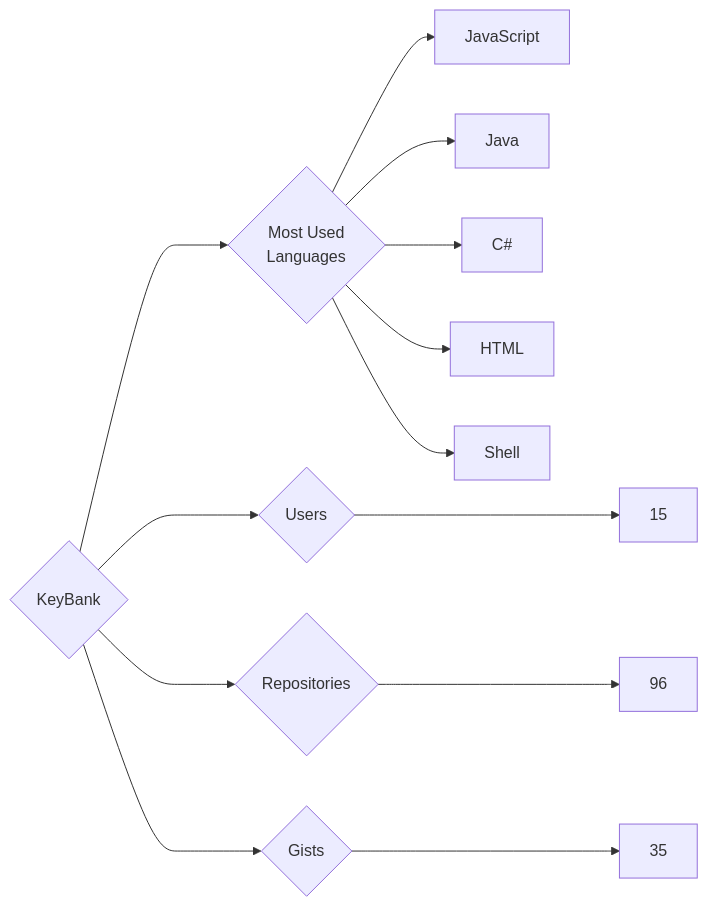
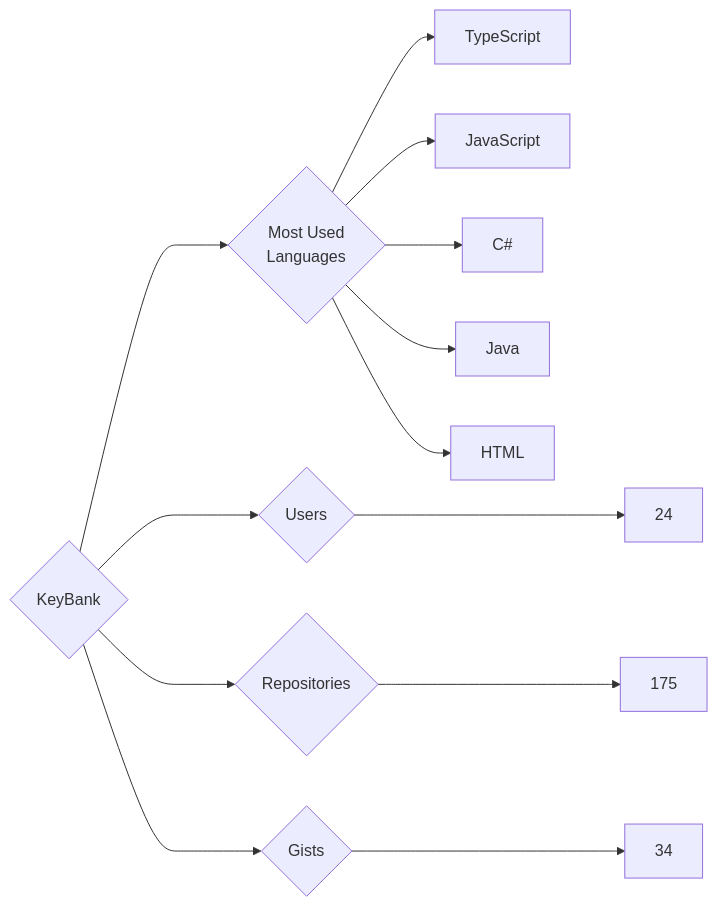
The diagram in targets/KeyBank/README.md (trickest/insiders), drawn with Mermaid before and after one commit. The commit also changed 925 other files, not shown here.

````diff
--- a/targets/KeyBank/README.md
+++ b/targets/KeyBank/README.md
@@ -3,13 +3,13 @@
 ```mermaid
 graph LR
 COMPANY_NAME{KeyBank}
-COMPANY_NAME ---> U{Users} ---> UN[15]
-COMPANY_NAME ---> R{Repositories} ---> RN[96]
-COMPANY_NAME ---> G{Gists} ---> GN[35]
+COMPANY_NAME ---> U{Users} ---> UN[24]
+COMPANY_NAME ---> R{Repositories} ---> RN[175]
+COMPANY_NAME ---> G{Gists} ---> GN[34]
 COMPANY_NAME ---> ML{Most Used<br>Languages}
+ML --> TypeScript[TypeScript]
 ML --> JavaScript[JavaScript]
+ML --> C#[C#]
 ML --> Java[Java]
-ML --> C#[C#]
 ML --> HTML[HTML]
-ML --> Shell[Shell]
 ```
````
